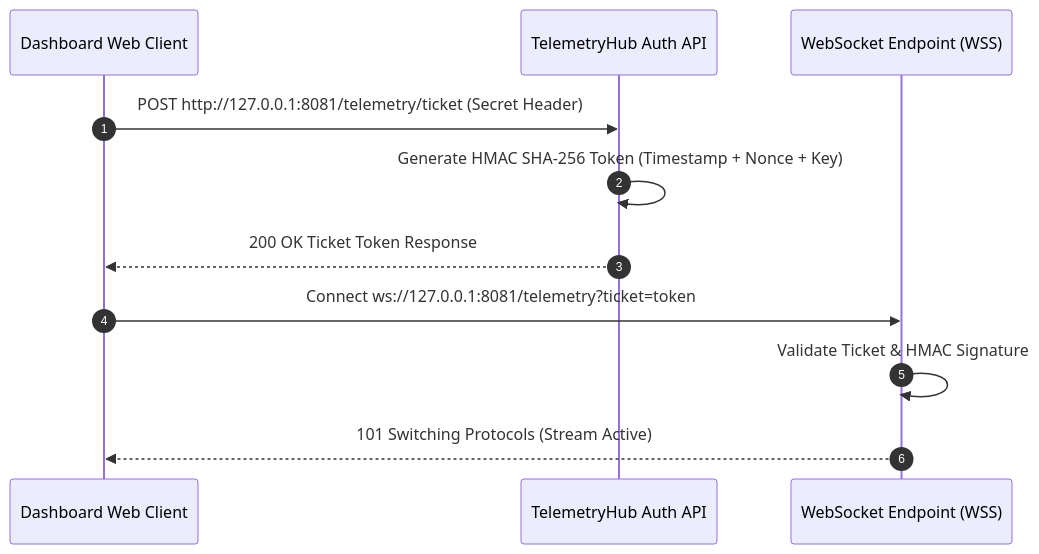
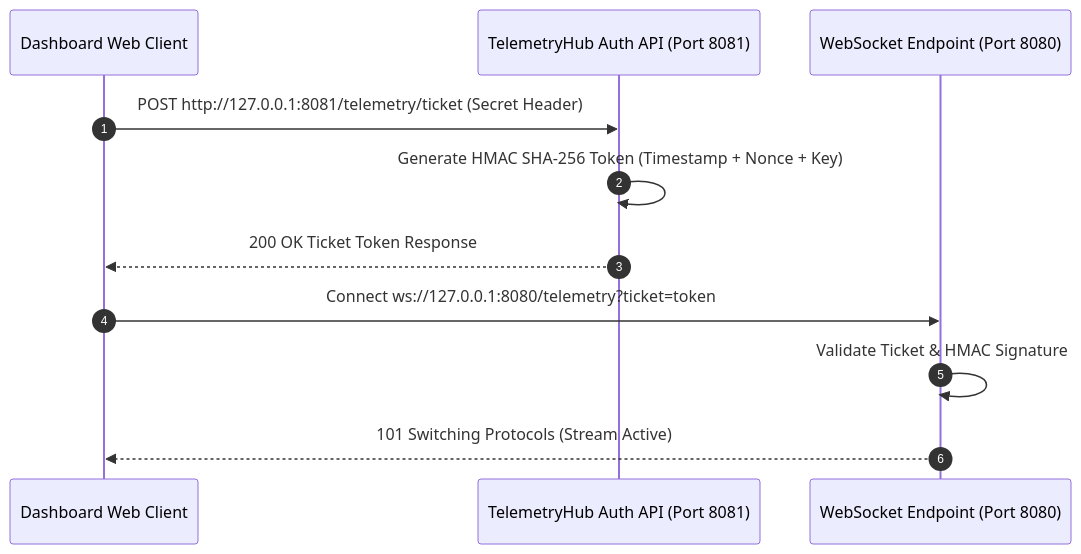
The diagram in docs/api-and-protocols/websocket-telemetry.md (utczbr/Matrix_Factory), drawn with Mermaid before and after one commit. The commit also changed other lines of this file and 22 other files, not shown here.

````diff
--- a/docs/api-and-protocols/websocket-telemetry.md
+++ b/docs/api-and-protocols/websocket-telemetry.md
@@ -11,14 +11,14 @@
 ```mermaid
 sequenceDiagram
     autonumber
     participant Client as Dashboard Web Client
-    participant Auth as TelemetryHub Auth API
-    participant WS as WebSocket Endpoint (WSS)
+    participant Auth as TelemetryHub Auth API (Port 8081)
+    participant WS as WebSocket Endpoint (Port 8080)
 
     Client->>Auth: POST http://127.0.0.1:8081/telemetry/ticket (Secret Header)
     Auth->>Auth: Generate HMAC SHA-256 Token (Timestamp + Nonce + Key)
     Auth-->>Client: 200 OK Ticket Token Response
-    Client->>WS: Connect ws://127.0.0.1:8081/telemetry?ticket=token
+    Client->>WS: Connect ws://127.0.0.1:8080/telemetry?ticket=token
     WS->>WS: Validate Ticket & HMAC Signature
     WS-->>Client: 101 Switching Protocols (Stream Active)
 ```
````
